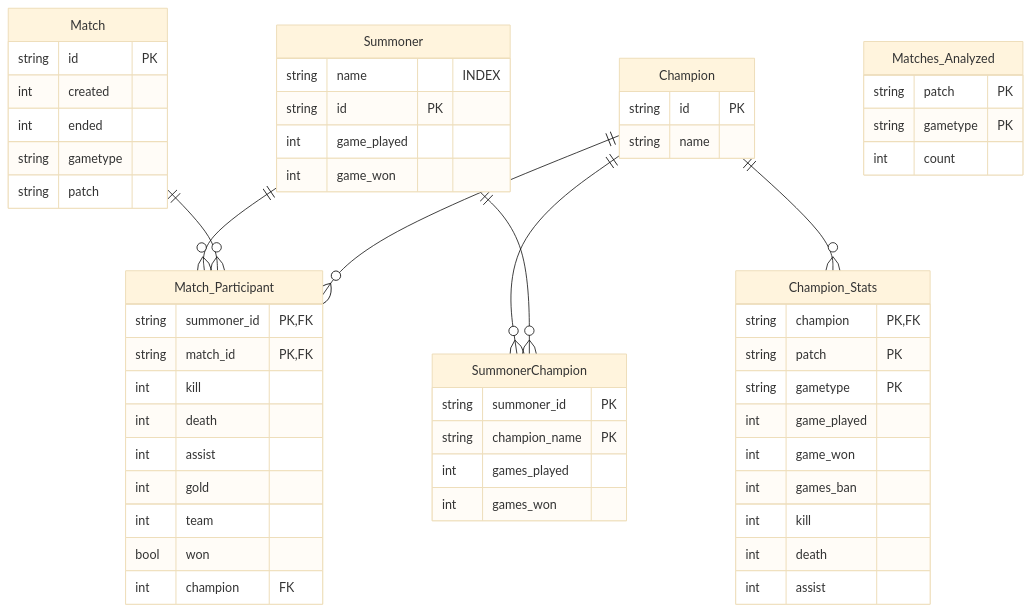
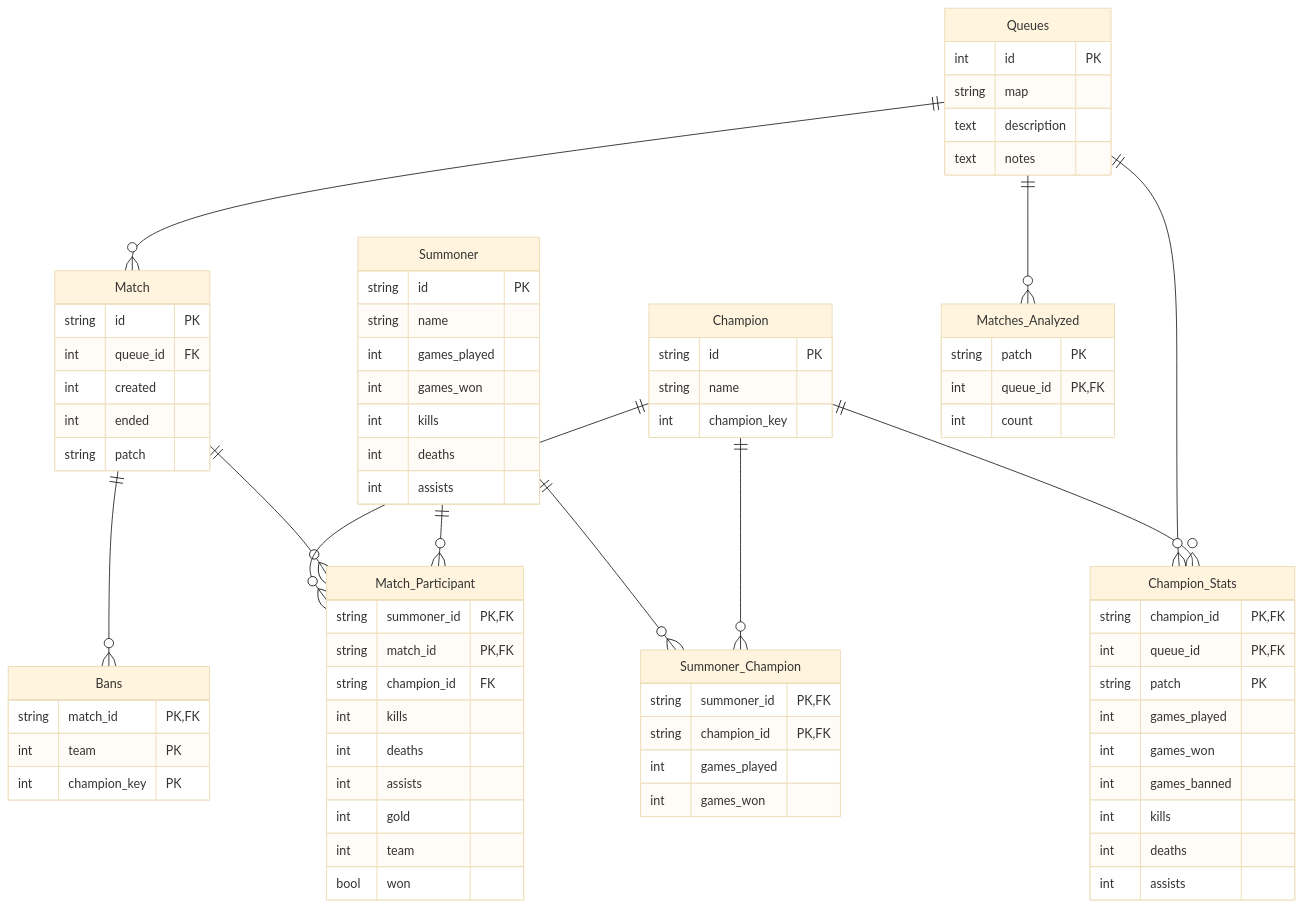
Before and after one commit to rutaji/loltracker: the diagram in specification/diagrams/Database.mmd, drawn with Mermaid (base theme). The commit also changed 4 other files, not shown here.

```diff
--- a/specification/diagrams/Database.mmd
+++ b/specification/diagrams/Database.mmd
@@ -1,58 +1,87 @@
 erDiagram
+
    Match {
         string id PK
+        int queue_id FK
         int created
         int ended
-        string gametype
         string patch
     } 
+
     Match_Participant{
         string summoner_id PK,FK
         string match_id PK, FK
-        int kill
-        int death
-        int assist
+        string champion_id FK
+        int kills
+        int deaths
+        int assists
         int gold
         int team
         bool won
-        int champion FK
+        
     }
+
     Champion{
         string id PK
         string name 
+        int champion_key
     }
+
     Champion_Stats{
-        string champion PK, FK
+        string champion_id PK, FK
+        int queue_id PK, FK
         string patch PK
-        string gametype PK
-        int game_played 
-        int game_won 
-        int games_ban
-        int kill
-        int death
-        int assist
+        int games_played 
+        int games_won 
+        int games_banned
+        int kills
+        int deaths
+        int assists
     }
+
     Summoner{
-        string name  "INDEX"
         string id PK
-        int game_played
-        int game_won
+        string name
+        int games_played
+        int games_won
+        int kills
+        int deaths
+        int assists
     }
+
     Matches_Analyzed{
         string patch PK
-        string gametype PK
+        int queue_id PK, FK
         int count
     }
-    SummonerChampion{
-        string summoner_id PK
-        string champion_name PK
+
+    Summoner_Champion{
+        string summoner_id PK, FK
+        string champion_id PK, FK
         int    games_played 
         int    games_won
     }
 
-    Champion ||--o{ SummonerChampion : ""
-    Summoner ||--o{ SummonerChampion : ""
+    Queues {
+        int id PK
+        string map
+        text description
+        text notes
+    }
+
+    Bans {
+        string match_id PK, FK
+        int team PK
+        int champion_key PK
+    }
+
+    Champion ||--o{ Summoner_Champion : ""
+    Summoner ||--o{ Summoner_Champion : ""
     Summoner ||--o{ Match_Participant : ""
     Match ||--o{ Match_Participant : ""
     Champion ||--o{ Match_Participant : ""
     Champion ||--o{ Champion_Stats : ""
+    Queues ||--o{ Match : ""
+    Queues ||--o{ Champion_Stats : ""
+    Queues ||--o{ Matches_Analyzed : ""
+    Match ||--o{ Bans : ""
```
